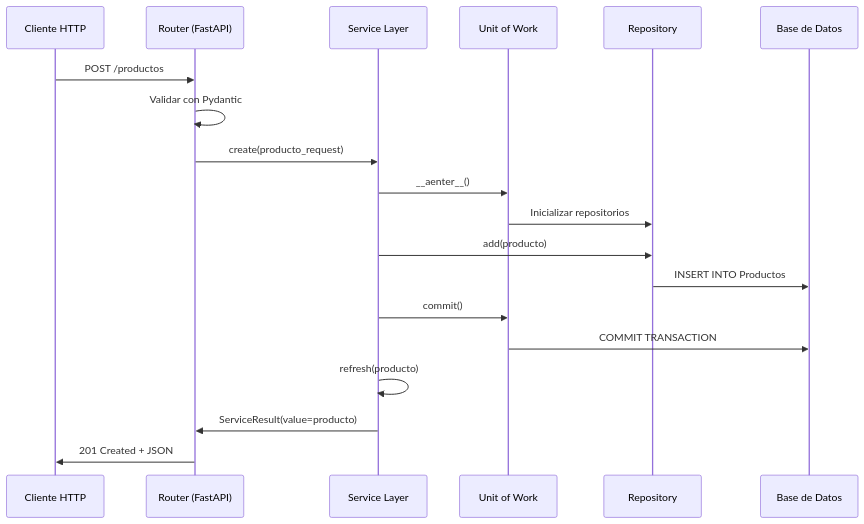
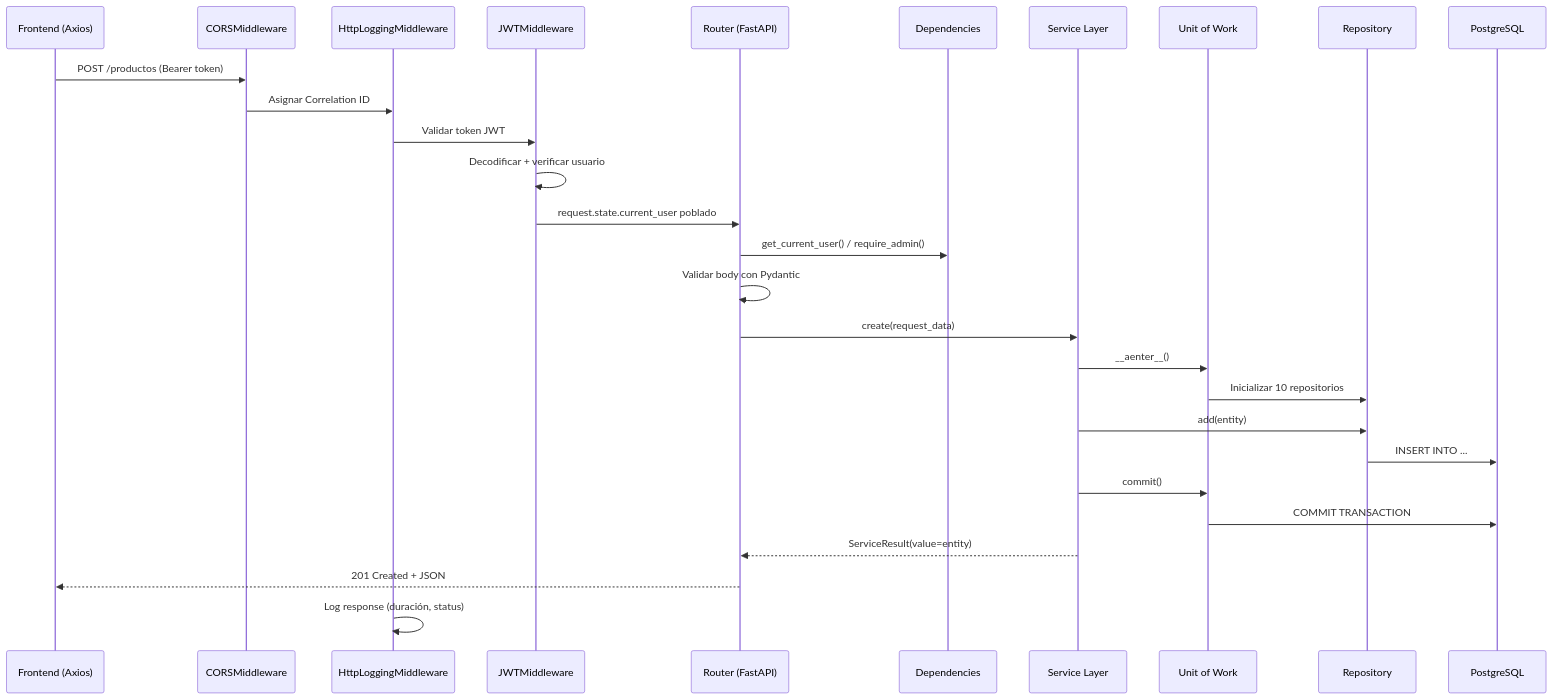
Before and after one commit to facundosofo/PizzaFiori: the fourth of 4 diagrams in docs/ARQUITECTURA.md, drawn with Mermaid. The commit also changed other lines of this file and 2 other files, not shown here.

````diff
--- a/docs/ARQUITECTURA.md
+++ b/docs/ARQUITECTURA.md
@@ -277,22 +549,31 @@
 ```mermaid
 sequenceDiagram
-    participant Client as Cliente HTTP
+    participant Client as Frontend (Axios)
+    participant CORS as CORSMiddleware
+    participant Log as HttpLoggingMiddleware
+    participant JWT as JWTMiddleware
     participant Router as Router (FastAPI)
+    participant Deps as Dependencies
     participant Service as Service Layer
     participant UoW as Unit of Work
     participant Repo as Repository
-    participant DB as Base de Datos
-    
-    Client->>Router: POST /productos
-    Router->>Router: Validar con Pydantic
-    Router->>Service: create(producto_request)
+    participant DB as PostgreSQL
+
+    Client->>CORS: POST /productos (Bearer token)
+    CORS->>Log: Asignar Correlation ID
+    Log->>JWT: Validar token JWT
+    JWT->>JWT: Decodificar + verificar usuario
+    JWT->>Router: request.state.current_user poblado
+    Router->>Deps: get_current_user() / require_admin()
+    Router->>Router: Validar body con Pydantic
+    Router->>Service: create(request_data)
     Service->>UoW: __aenter__()
-    UoW->>Repo: Inicializar repositorios
-    Service->>Repo: add(producto)
-    Repo->>DB: INSERT INTO Productos
+    UoW->>Repo: Inicializar 10 repositorios
+    Service->>Repo: add(entity)
+    Repo->>DB: INSERT INTO ...
     Service->>UoW: commit()
     UoW->>DB: COMMIT TRANSACTION
-    Service->>Service: refresh(producto)
-    Service->>Router: ServiceResult(value=producto)
-    Router->>Client: 201 Created + JSON
+    Service-->>Router: ServiceResult(value=entity)
+    Router-->>Client: 201 Created + JSON
+    Log->>Log: Log response (duración, status)
 ```
````
